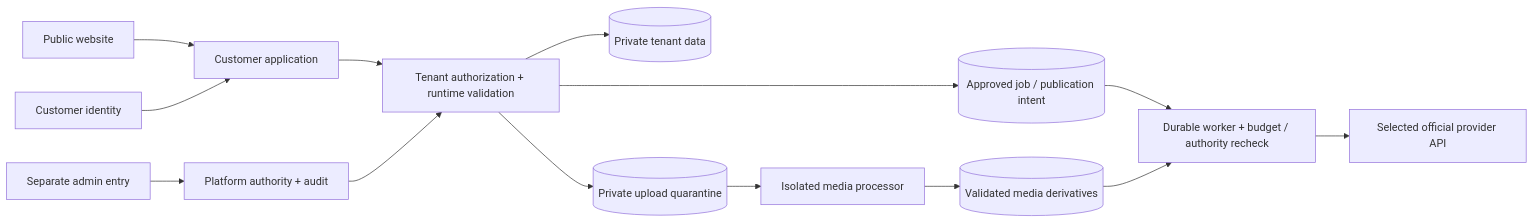
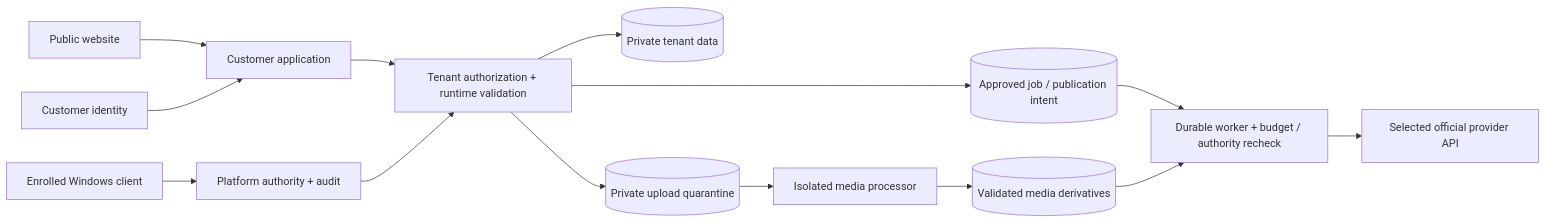
Before and after one commit to Maeximilion/MaexSocial: the diagram in docs/architecture/README.md, drawn with Mermaid. The commit also changed other lines of this file and 3 other files, not shown here.

First line of the commit message:
docs(architecture): assign implementation languages by component (#101)

````diff
--- a/docs/architecture/README.md
+++ b/docs/architecture/README.md
@@ -31,16 +34,16 @@
 ```mermaid
 flowchart LR
     Public[Public website] --> App[Customer application]
     Customer[Customer identity] --> App
-    Admin[Separate admin entry] --> Privileged[Platform authority + audit]
+    Admin[Enrolled Windows client] --> Privileged[Platform authority + audit]
     App --> Policy[Tenant authorization + runtime validation]
     Privileged --> Policy
     Policy --> Data[(Private tenant data)]
     Policy --> Quarantine[(Private upload quarantine)]
     Quarantine --> Processor[Isolated media processor]
     Processor --> Media[(Validated media derivatives)]
     Policy --> Intent[(Approved job / publication intent)]
     Intent --> Worker[Durable worker + budget / authority recheck]
     Media --> Worker
     Worker --> Provider[Selected official provider API]
 ```
````
